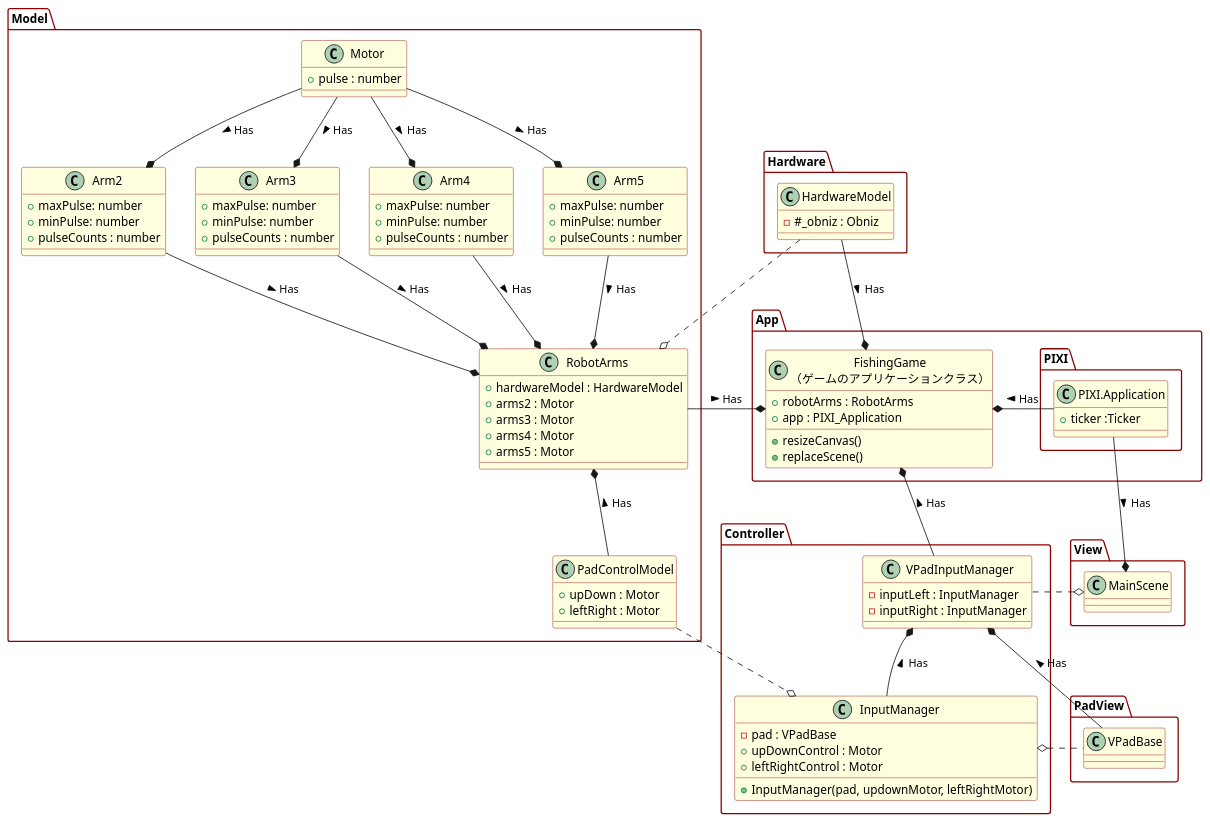
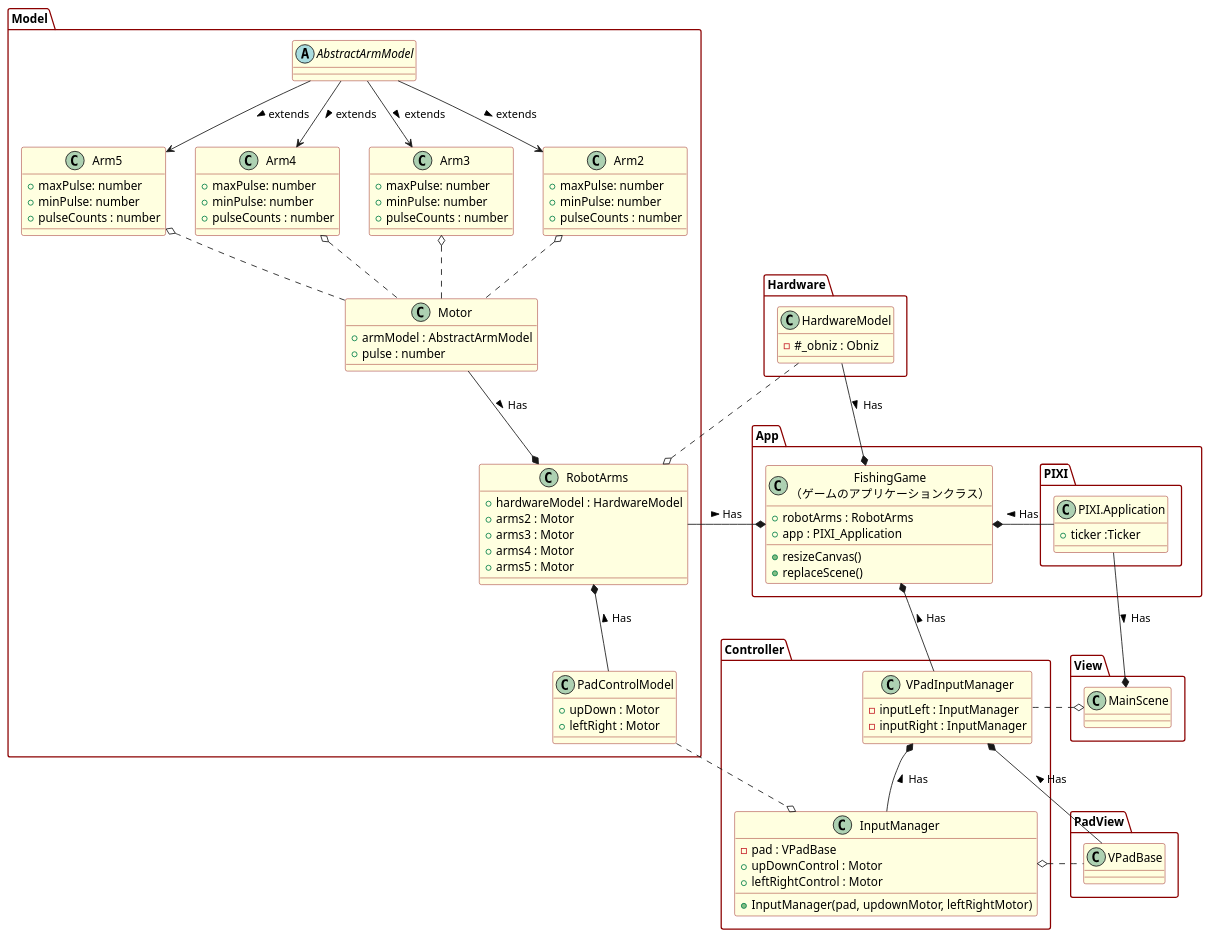
The second of 6 diagrams in documents/設計書.md (nakagawa-takayoshi/FishingGame), drawn with PlantUML before and after one commit. The commit also changed other lines of this file and 4 other files, not shown here.

```diff
--- a/documents/設計書.md
+++ b/documents/設計書.md
@@ -177,6 +182,11 @@
 
     HardwareModel .down.o RobotArms
 
+    abstract class AbstractArmModel
+    {
+
+    }
+
     class Arm2 {
         + maxPulse: number
         + minPulse: number
@@ -203,6 +213,7 @@
 
     class Motor
     {
+        + armModel : AbstractArmModel
         + pulse : number
     }
 
@@ -212,15 +223,17 @@
         + leftRight : Motor
     }
     
-    Motor -down-* Arm2 : Has >
-    Motor -down-* Arm3 : Has >
-    Motor -down-* Arm4 : Has >
-    Motor -down-* Arm5 : Has >
+    AbstractArmModel -down-> Arm2 : extends >
+    AbstractArmModel -down-> Arm3 : extends >
+    AbstractArmModel -down-> Arm4 : extends >
+    AbstractArmModel -down-> Arm5 : extends >
+
+    Motor .up.o Arm2 
+    Motor .up.o Arm3
+    Motor .up.o Arm4
+    Motor .up.o Arm5
     
-    Arm2 -down-* RobotArms : Has >
-    Arm3 -down-* RobotArms : Has >
-    Arm4 -down-* RobotArms : Has >
-    Arm5 -down-* RobotArms : Has >
+    Motor -down-* RobotArms : Has >
 
 
     PadControlModel -up-* RobotArms : Has >
```
